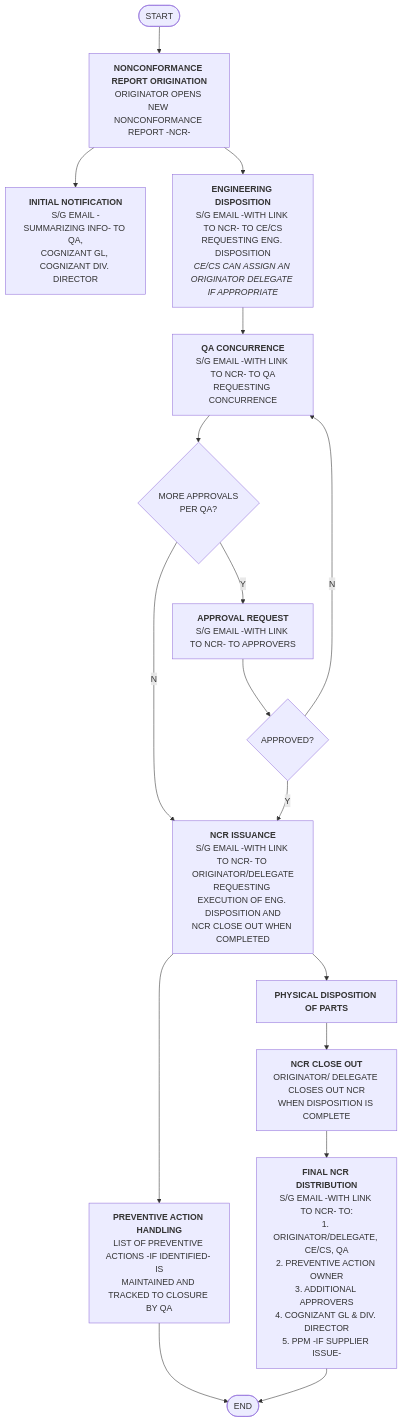
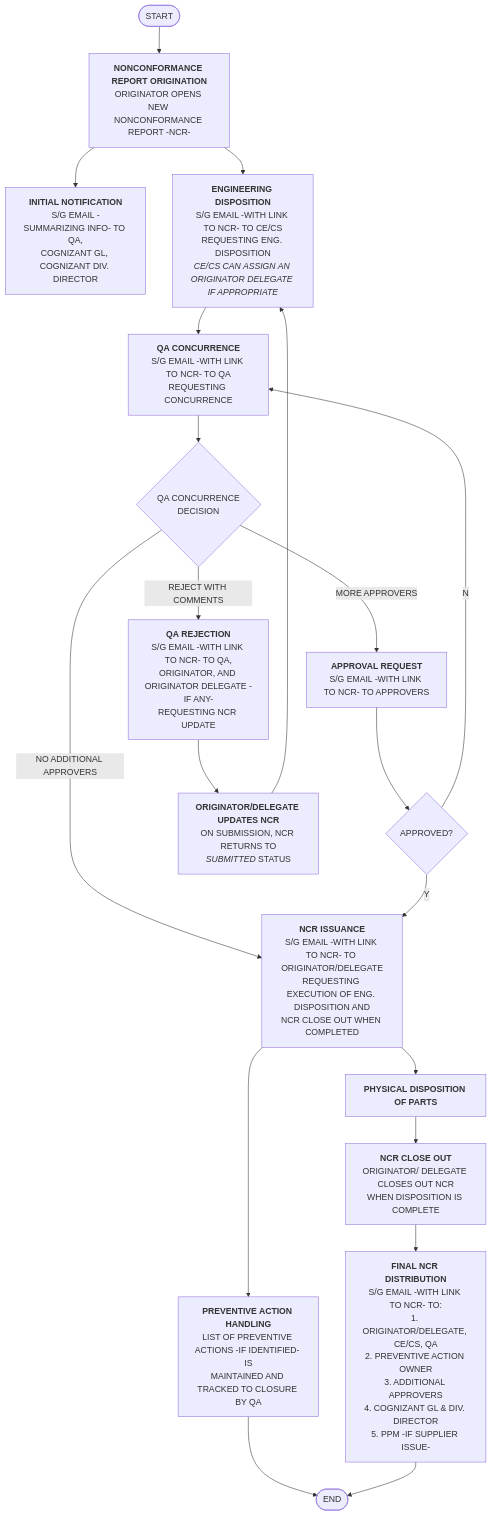
Before and after one commit to dongliu/traveler: the diagram in specs/NCR-flow.md, drawn with Mermaid. The commit also changed 2 other files, not shown here.

Commit message:
Add spec for QA reject with comments (spec 130)
Gives QA a third option at the Concurrence decision point, alongside
concurring with or without approvers: reject the NCR outright with a
required comment, sending it to a new Rejected status that only the
Originator or Originator Designate can act on. Updates
specs/NCR-flow.md's diagram to show the new three-way decision and the
loop it creates back into Engineering Disposition once the NCR is
updated and resubmitted.

````diff
--- a/specs/NCR-flow.md
+++ b/specs/NCR-flow.md
@@ -1,32 +1,38 @@
 ```mermaid
 flowchart TD
     Start([START]) --> Origination[<b>NONCONFORMANCE REPORT ORIGINATION</b><br/>ORIGINATOR OPENS NEW NONCONFORMANCE REPORT -NCR-]
 
     Origination --> InitialNotification[<b>INITIAL NOTIFICATION</b><br/>S/G EMAIL -SUMMARIZING INFO- TO QA,<br/>COGNIZANT GL, COGNIZANT DIV. DIRECTOR]
 
     Origination --> EngDisposition[<b>ENGINEERING DISPOSITION</b><br/>S/G EMAIL -WITH LINK TO NCR- TO CE/CS<br/>REQUESTING ENG. DISPOSITION<br/><i>CE/CS CAN ASSIGN AN ORIGINATOR DELEGATE IF APPROPRIATE</i>]
 
     EngDisposition --> QAConcurrence[<b>QA CONCURRENCE</b><br/>S/G EMAIL -WITH LINK TO NCR- TO QA<br/>REQUESTING CONCURRENCE]
 
-    QAConcurrence --> MoreApprovals{MORE APPROVALS<br/>PER QA?}
+    QAConcurrence --> QADecision{QA CONCURRENCE<br/>DECISION}
 
-    MoreApprovals -- Y --> ApprovalReq[<b>APPROVAL REQUEST</b><br/>S/G EMAIL -WITH LINK TO NCR- TO APPROVERS]
+    QADecision -- MORE APPROVERS --> ApprovalReq[<b>APPROVAL REQUEST</b><br/>S/G EMAIL -WITH LINK TO NCR- TO APPROVERS]
 
     ApprovalReq --> Approved{APPROVED?}
 
     Approved -- N --> QAConcurrence
 
-    MoreApprovals -- N --> Issuance
+    QADecision -- NO ADDITIONAL APPROVERS --> Issuance
     Approved -- Y --> Issuance[<b>NCR ISSUANCE</b><br/>S/G EMAIL -WITH LINK TO NCR- TO ORIGINATOR/DELEGATE<br/>REQUESTING EXECUTION OF ENG. DISPOSITION AND<br/>NCR CLOSE OUT WHEN COMPLETED]
+
+    QADecision -- REJECT WITH COMMENTS --> QARejected[<b>QA REJECTION</b><br/>S/G EMAIL -WITH LINK TO NCR- TO QA,<br/>ORIGINATOR, AND ORIGINATOR DELEGATE -IF ANY-<br/>REQUESTING NCR UPDATE]
+
+    QARejected --> OriginatorUpdate[<b>ORIGINATOR/DELEGATE UPDATES NCR</b><br/>ON SUBMISSION, NCR RETURNS TO<br/><i>SUBMITTED</i> STATUS]
+
+    OriginatorUpdate --> EngDisposition
 
     Issuance --> PrevAction[<b>PREVENTIVE ACTION HANDLING</b><br/>LIST OF PREVENTIVE ACTIONS -IF IDENTIFIED- IS<br/>MAINTAINED AND TRACKED TO CLOSURE BY QA]
 
     Issuance --> PhysicalDisp[<b>PHYSICAL DISPOSITION OF PARTS</b>]
 
     PhysicalDisp --> CloseOut[<b>NCR CLOSE OUT</b><br/>ORIGINATOR/ DELEGATE CLOSES OUT NCR<br/>WHEN DISPOSITION IS COMPLETE]
 
     CloseOut --> FinalDist[<b>FINAL NCR DISTRIBUTION</b><br/>S/G EMAIL -WITH LINK TO NCR- TO:<br/>1. ORIGINATOR/DELEGATE, CE/CS, QA<br/>2. PREVENTIVE ACTION OWNER<br/>3. ADDITIONAL APPROVERS<br/>4. COGNIZANT GL & DIV. DIRECTOR<br/>5. PPM -IF SUPPLIER ISSUE-]
 
     PrevAction --> End([END])
     FinalDist --> End
 ```
````
